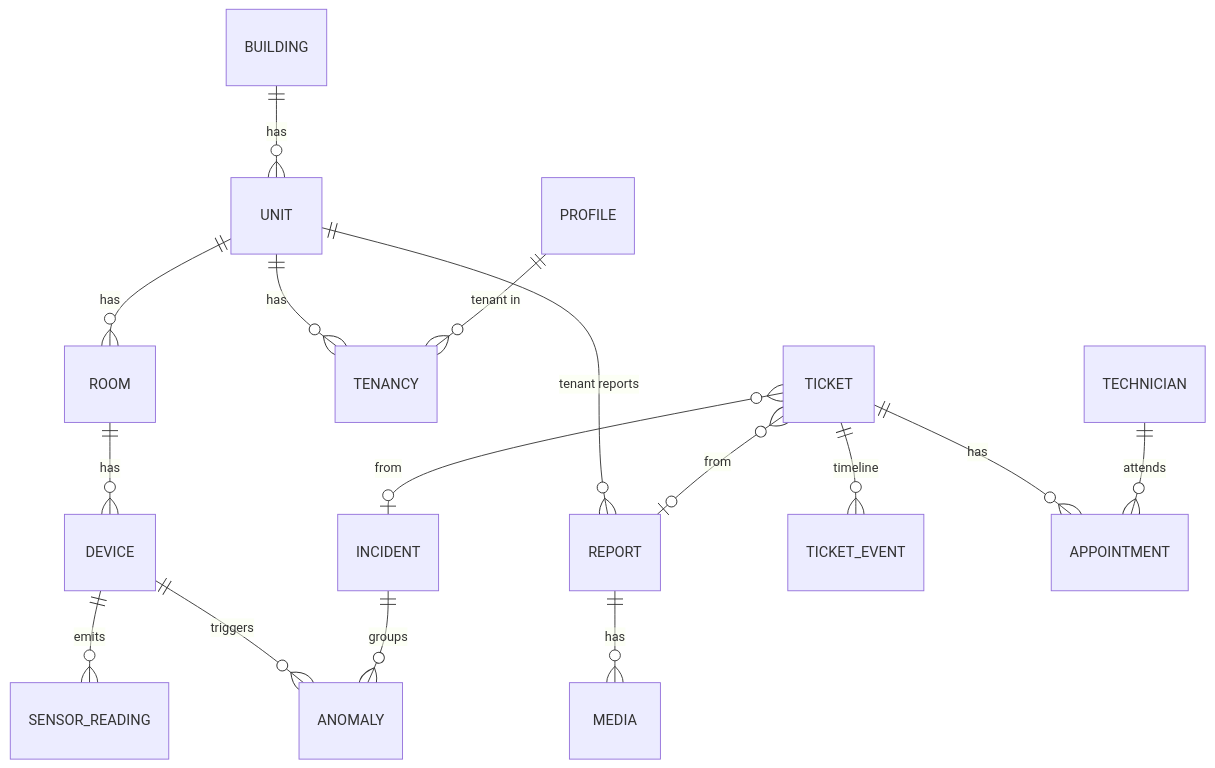
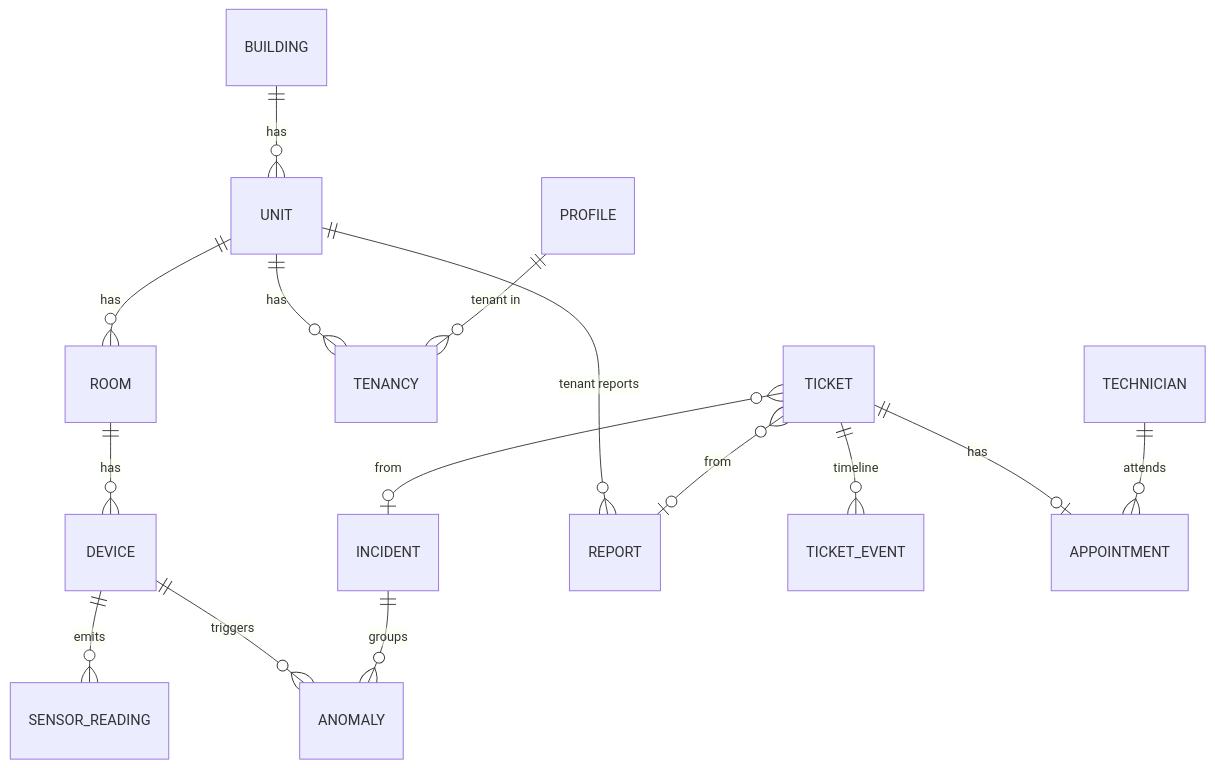
One commit to lepn202/DT-GroupProject changed the third of 4 diagrams in architecture.md. Above: the diagram before and after it, drawn with Mermaid. The commit also changed other lines of this file, not shown here.

First line of the commit message:
Simplify architecture for prototype scope and add Jev classification

````diff
--- a/architecture.md
+++ b/architecture.md
@@ -274,18 +222,17 @@
 ```mermaid
 erDiagram
     BUILDING ||--o{ UNIT : has
     UNIT ||--o{ ROOM : has
     UNIT ||--o{ TENANCY : has
     PROFILE ||--o{ TENANCY : "tenant in"
     ROOM ||--o{ DEVICE : has
     DEVICE ||--o{ SENSOR_READING : emits
     DEVICE ||--o{ ANOMALY : triggers
     INCIDENT ||--o{ ANOMALY : groups
     UNIT ||--o{ REPORT : "tenant reports"
-    REPORT ||--o{ MEDIA : has
-    TICKET }o--o| INCIDENT : "from"
-    TICKET }o--o| REPORT : "from"
+    TICKET }o--o| INCIDENT : from
+    TICKET }o--o| REPORT : from
     TICKET ||--o{ TICKET_EVENT : timeline
-    TICKET ||--o{ APPOINTMENT : has
+    TICKET ||--o| APPOINTMENT : has
     TECHNICIAN ||--o{ APPOINTMENT : attends
 ```
````
